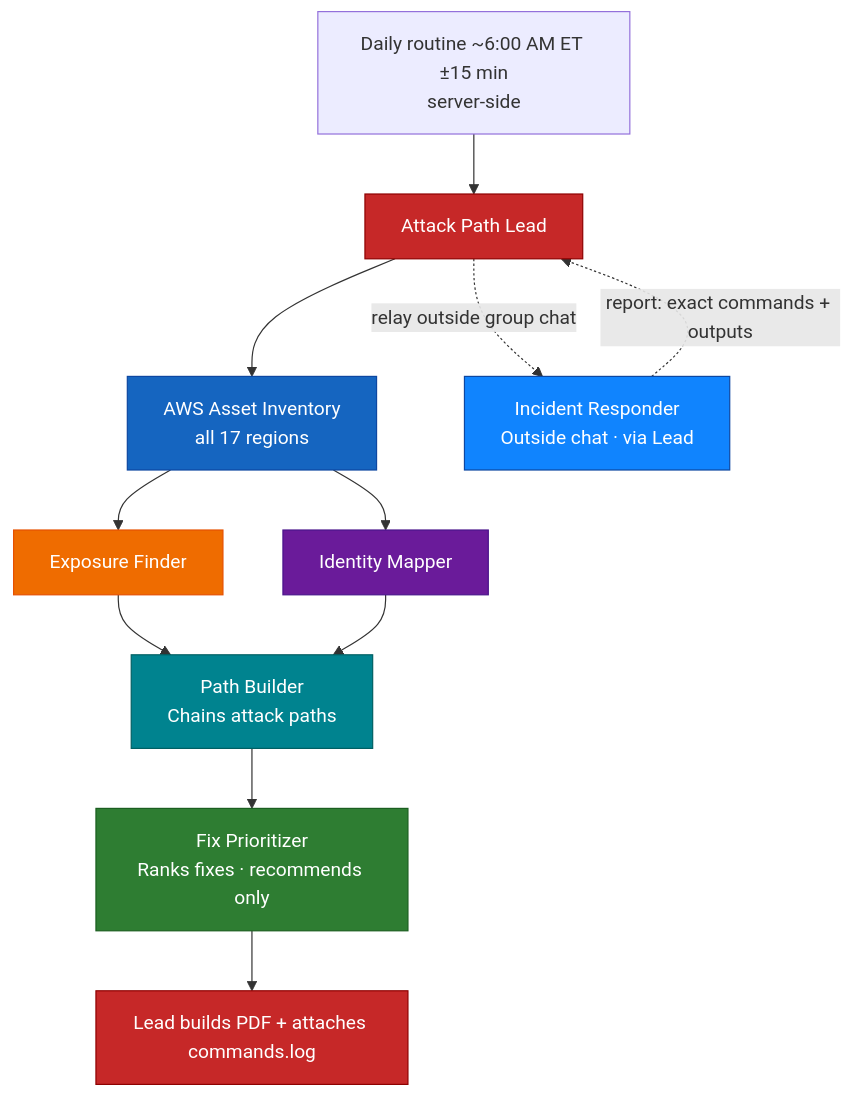
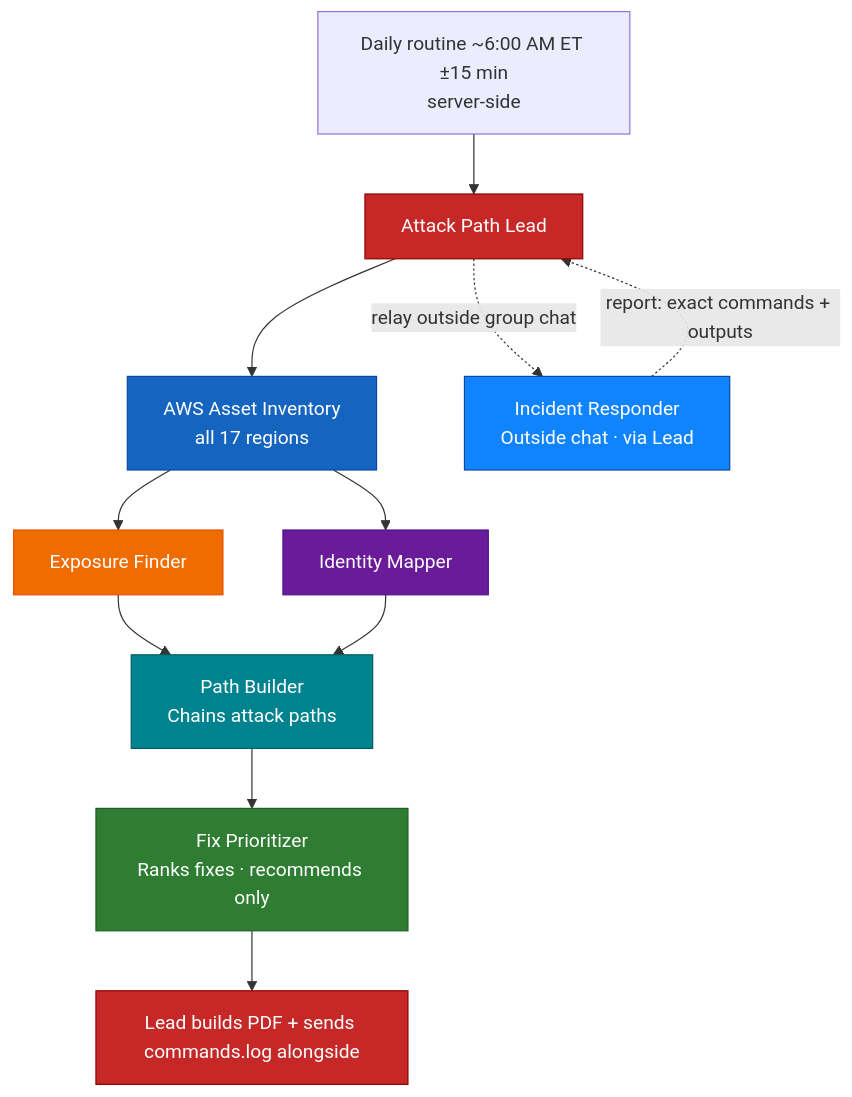
The diagram in docs/architecture.mmd (ritvikindupuri/grok-bot-aws-attack-path-team), drawn with Mermaid before and after one commit. The commit also changed 1 other file, not shown here.

```diff
--- a/docs/architecture.mmd
+++ b/docs/architecture.mmd
@@ -1,26 +1,26 @@
 flowchart TD
   R["Daily routine ~6:00 AM ET ±15 min<br/>server-side"] --> L["Attack Path Lead"]
   L --> I["AWS Asset Inventory<br/>all 17 regions"]
   I --> E["Exposure Finder"]
   I --> M["Identity Mapper"]
   E --> P["Path Builder<br/>Chains attack paths"]
   M --> P
   P --> F["Fix Prioritizer<br/>Ranks fixes · recommends only"]
-  F --> PDF["Lead builds PDF + attaches commands.log"]
+  F --> PDF["Lead builds PDF + sends commands.log alongside"]
   L -.->|relay outside group chat| IR["Incident Responder<br/>Outside chat · via Lead"]
   IR -.->|report: exact commands + outputs| L
 
   classDef lead fill:#C62828,color:#fff,stroke:#8E0000
   classDef inv fill:#1565C0,color:#fff,stroke:#0D47A1
   classDef exp fill:#EF6C00,color:#fff,stroke:#E65100
   classDef idm fill:#6A1B9A,color:#fff,stroke:#4A148C
   classDef path fill:#00838F,color:#fff,stroke:#006064
   classDef fix fill:#2E7D32,color:#fff,stroke:#1B5E20
   classDef ir fill:#1084FE,color:#fff,stroke:#0D47A1
   class L,PDF lead
   class I inv
   class E exp
   class M idm
   class P path
   class F fix
   class IR ir
```
